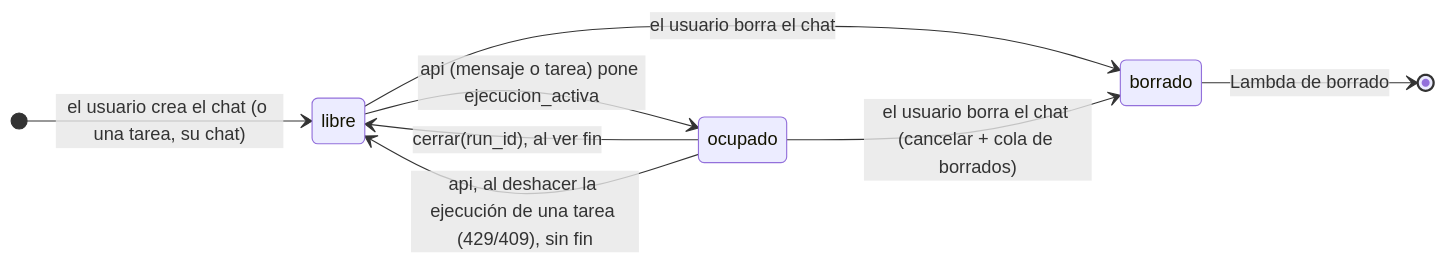
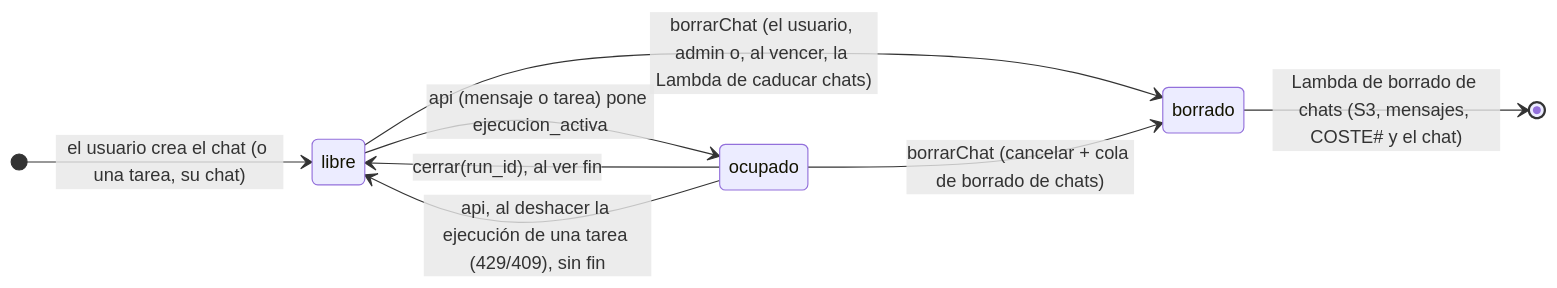
Before and after one commit to ikermendi/sample-agent-platform-with-agentcore: the fifth of 10 diagrams in docs/arquitectura-agentes.md, drawn with Mermaid. The commit also changed other lines of this file and 1 other file, not shown here.

````diff
--- a/docs/arquitectura-agentes.md
+++ b/docs/arquitectura-agentes.md
@@ -616,11 +615,11 @@
 ```mermaid
 stateDiagram-v2
   direction LR
   [*] --> libre : el usuario crea el chat (o una tarea, su chat)
   libre --> ocupado : api (mensaje o tarea) pone ejecucion_activa
   ocupado --> libre : cerrar(run_id), al ver fin
   ocupado --> libre : api, al deshacer la ejecución de una tarea (429/409), sin fin
-  libre --> borrado : el usuario borra el chat
-  ocupado --> borrado : el usuario borra el chat (cancelar + cola de borrados)
-  borrado --> [*] : Lambda de borrado
+  libre --> borrado : borrarChat (el usuario, admin o, al vencer, la Lambda de caducar chats)
+  ocupado --> borrado : borrarChat (cancelar + cola de borrado de chats)
+  borrado --> [*] : Lambda de borrado de chats (S3, mensajes, COSTE# y el chat)
 ```
````
